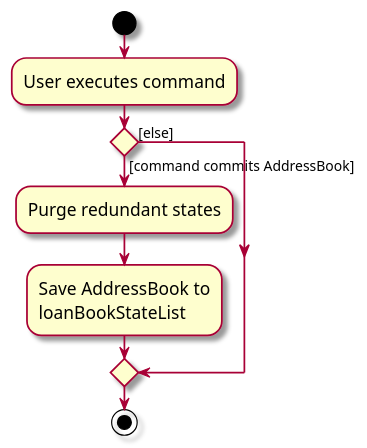
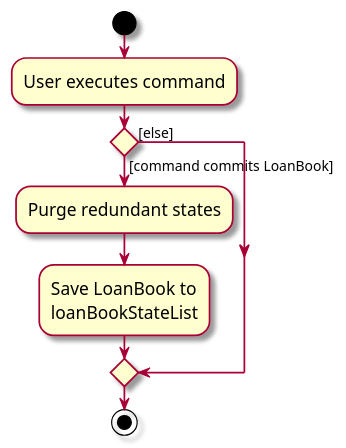
The diagram in diagrams/CommitActivityDiagram.puml (changjy81/tp), drawn with PlantUML before and after one commit. The commit also changed 55 other files, not shown here.

```diff
--- a/diagrams/CommitActivityDiagram.puml
+++ b/diagrams/CommitActivityDiagram.puml
@@ -1,18 +1,18 @@
 @startuml
 skin rose
 skinparam ActivityFontSize 15
 skinparam ArrowFontSize 12
 start
 :User executes command;
 
 'Since the beta syntax does not support placing the condition outside the
 'diamond we place it as the true branch instead.
 
-if () then ([command commits AddressBook])
+if () then ([command commits LoanBook])
     :Purge redundant states;
-    :Save AddressBook to
+    :Save LoanBook to
     loanBookStateList;
 else ([else])
 endif
 stop
 @enduml
```
